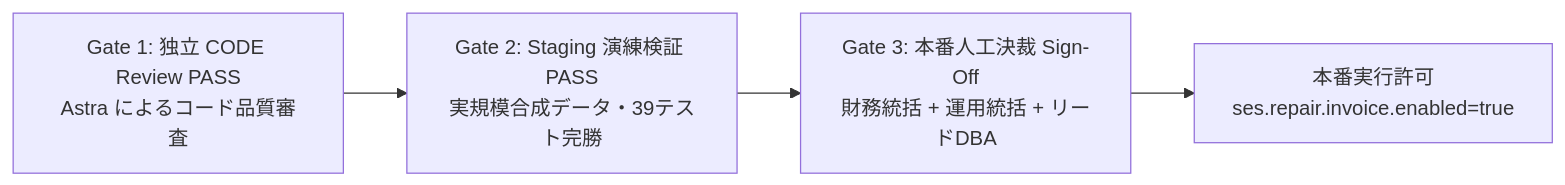
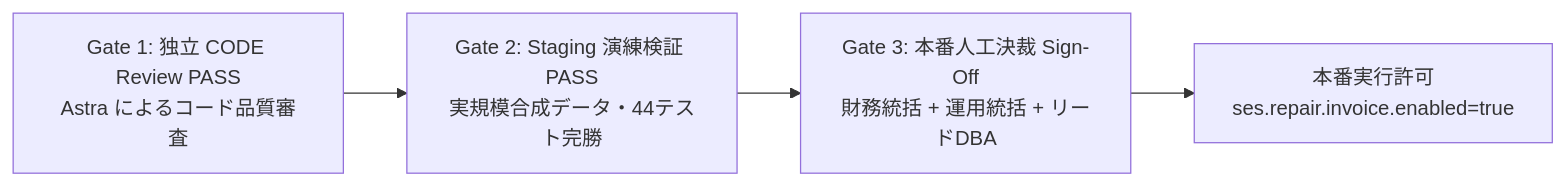
The second of 2 diagrams in .kiro/specs/asset-account-license-lifecycle/v182-repair-executor-boundary-a-plan.md (satoshi2024/ses-manager-pro), drawn with Mermaid before and after one commit. The commit also changed other lines of this file and 1 other file, not shown here.

````diff
--- a/.kiro/specs/asset-account-license-lifecycle/v182-repair-executor-boundary-a-plan.md
+++ b/.kiro/specs/asset-account-license-lifecycle/v182-repair-executor-boundary-a-plan.md
@@ -627,6 +598,6 @@
 ```mermaid
 flowchart LR
-    G1[Gate 1: 独立 CODE Review PASS<br/>Astra によるコード品質審査] --> G2[Gate 2: Staging 演練検証 PASS<br/>実規模合成データ・39テスト完勝]
+    G1[Gate 1: 独立 CODE Review PASS<br/>Astra によるコード品質審査] --> G2[Gate 2: Staging 演練検証 PASS<br/>実規模合成データ・44テスト完勝]
     G2 --> G3[Gate 3: 本番人工決裁 Sign-Off<br/>財務統括 + 運用統括 + リードDBA]
     G3 --> ProdEnable[本番実行許可<br/>ses.repair.invoice.enabled=true]
 ```
````
